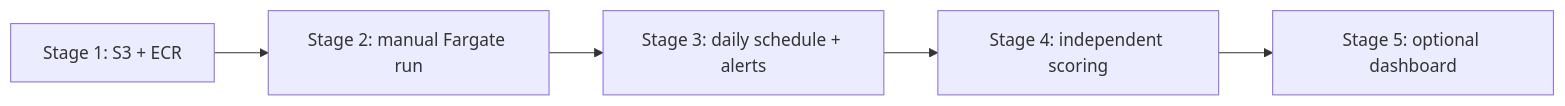
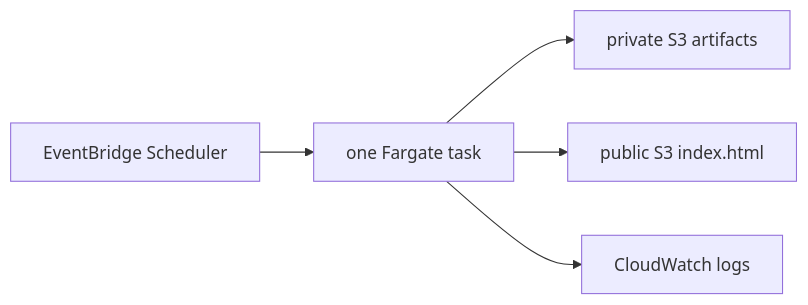
One commit to PeterBjerreHansen/dk_electricity_forecasting changed the diagram in docs/aws-deployment-plan.md. Above: the diagram before and after it, drawn with Mermaid. The commit also changed other lines of this file and 49 other files, not shown here.

Commit message:
Simplify production to a static daily dashboard

````diff
--- a/docs/aws-deployment-plan.md
+++ b/docs/aws-deployment-plan.md
@@ -29,7 +14,7 @@
 ```mermaid
 flowchart LR
-    A["Stage 1: S3 + ECR"] --> B["Stage 2: manual Fargate run"]
-    B --> C["Stage 3: daily schedule + alerts"]
-    C --> D["Stage 4: independent scoring"]
-    D --> E["Stage 5: optional dashboard"]
+    S["EventBridge Scheduler"] --> F["one Fargate task"]
+    F --> A["private S3 artifacts"]
+    F --> H["public S3 index.html"]
+    F --> L["CloudWatch logs"]
 ```
````
